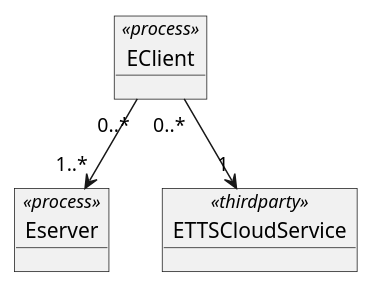
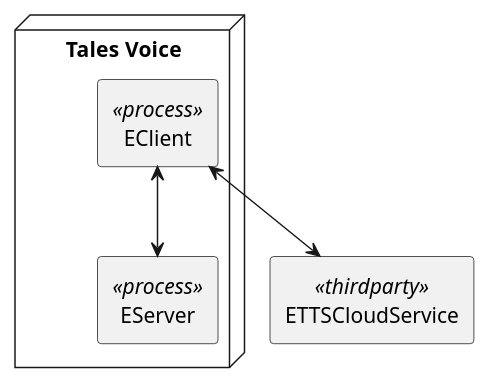
Before and after one commit to judy-juyeon-park/KTP522: the diagram in LV1_execution.wsd, drawn with PlantUML. The commit also changed 1 other file, not shown here.

```diff
--- a/LV1_execution.wsd
+++ b/LV1_execution.wsd
@@ -1,12 +1,15 @@
-@startuml
+@startuml lv1_execution
+skinparam componentStyle rectangle
 
+component ETTSCloudService <<thirdparty>> 
 
-object EClient <<process>>
-object Eserver <<process>> 
-object ETTSCloudService <<thirdparty>> 
+node "Tales Voice" {
+    component EClient <<process>>
+    component EServer <<process>> 
+}
 
-EClient "0..*" --> "1..*" Eserver
-EClient "   0..*" --> "   1" ETTSCloudService
+EClient <--> EServer
+EClient <--> ETTSCloudService
 
 
 @enduml
```
